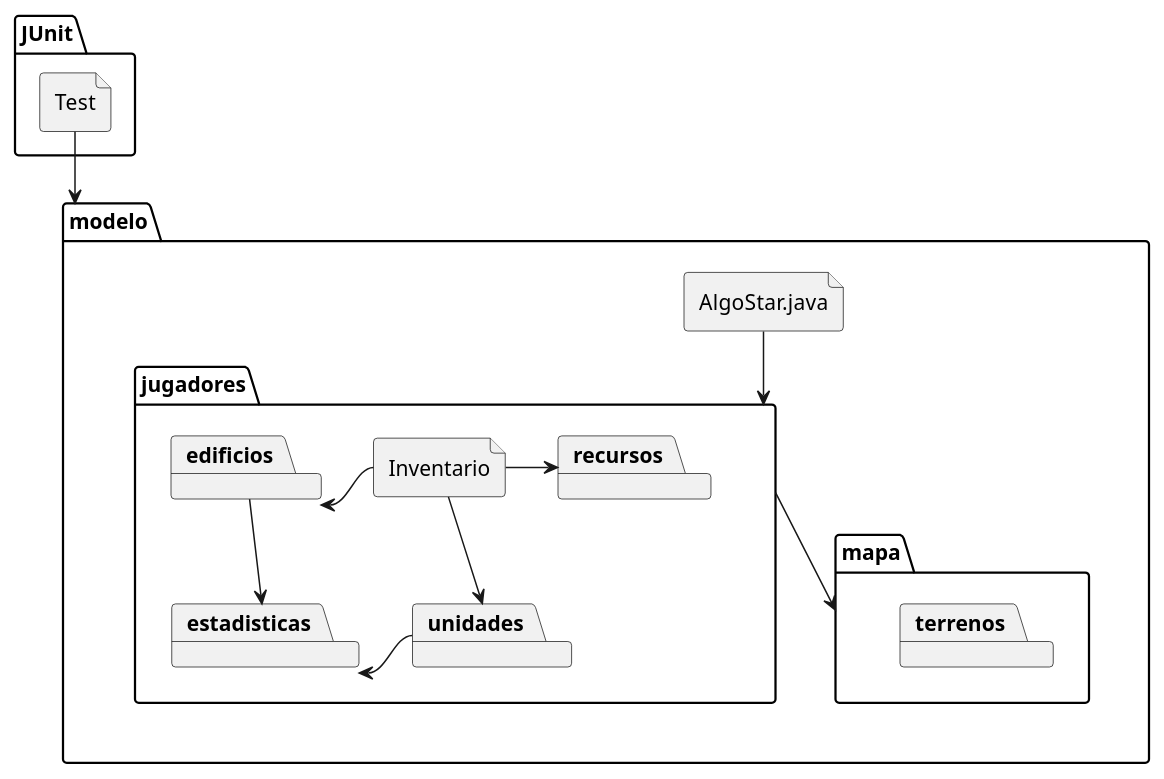
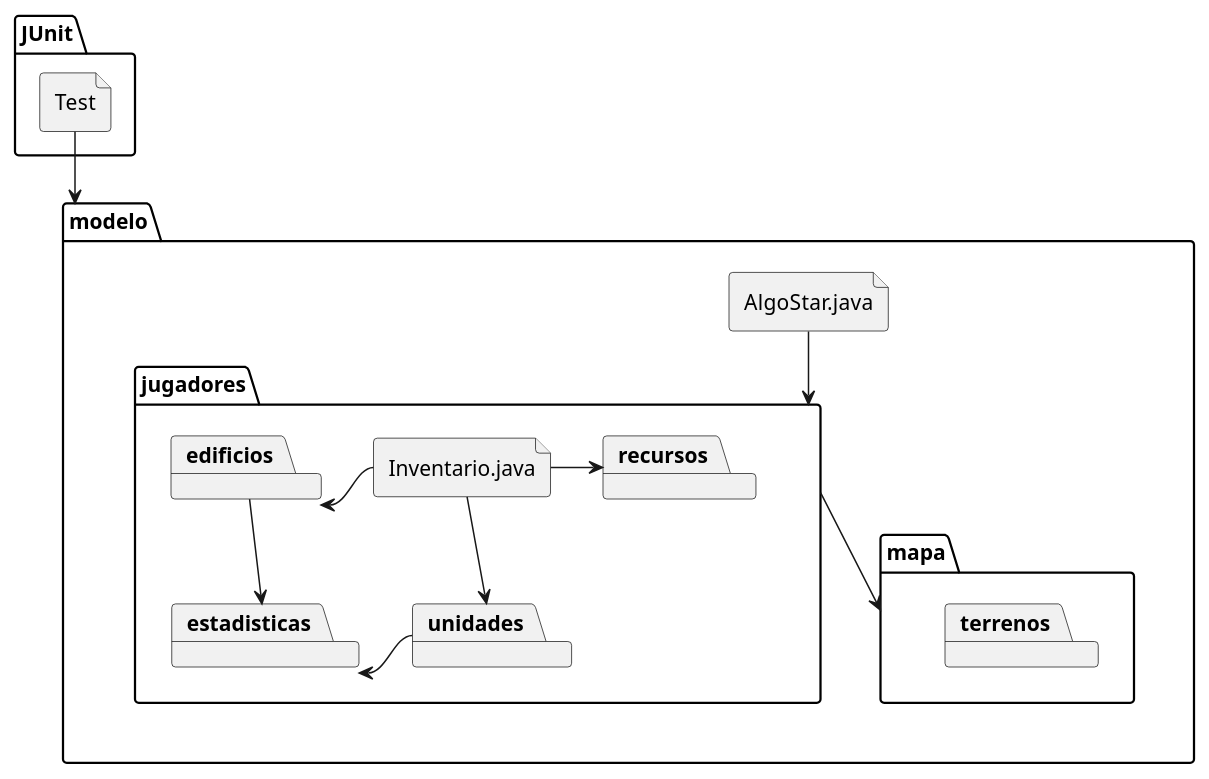
The diagram in diagrams/Modelo/packages/diagramaDePaquete.puml (LucasMBarrientos/algo3_tp2), drawn with PlantUML before and after one commit. The commit also changed 1 other file, not shown here.

Commit message:
diagrammmmsdand

```diff
--- a/diagrams/Modelo/packages/diagramaDePaquete.puml
+++ b/diagrams/Modelo/packages/diagramaDePaquete.puml
@@ -1,45 +1,45 @@
 @startuml
 
 
 
 package "modelo" {
 file AlgoStar.java
 package "jugadores" {
-file Inventario
-Inventario -> recursos
-Inventario --> unidades
-Inventario -left-> edificios
+file Inventario.java
+Inventario.java -> recursos
+Inventario.java --> unidades
+Inventario.java -left-> edificios
 package "recursos" {
 
 }
 
 package "edificios" {
 
 }
 package "unidades" {
 
 }
 edificios -->estadisticas
 unidades ->estadisticas
 
 package "estadisticas" {
 
 }
 
 
 
 }
 AlgoStar.java -down-> jugadores
 jugadores --> mapa
 package "mapa" {
 package "terrenos" {
 
 }
 }
 
 }
 package "JUnit" {
         file Test
 }
 Test --> modelo
 @enduml
```
